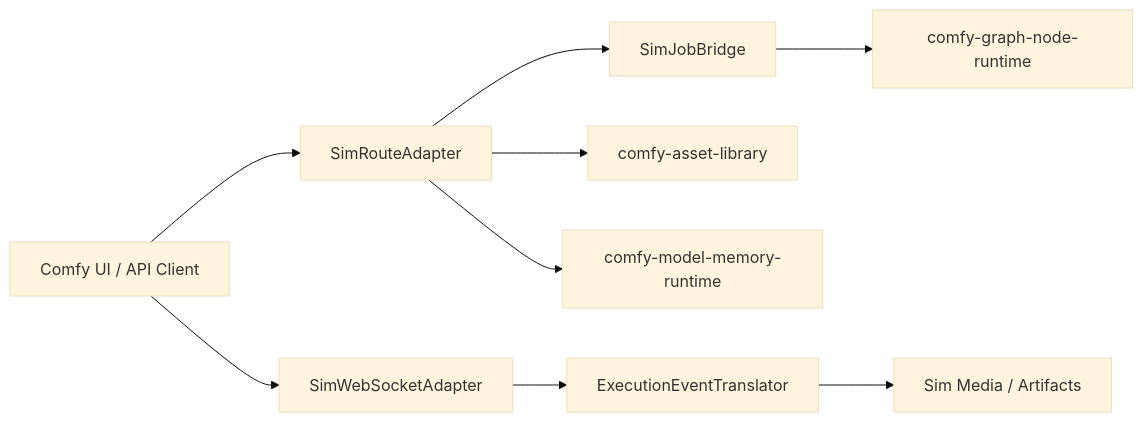
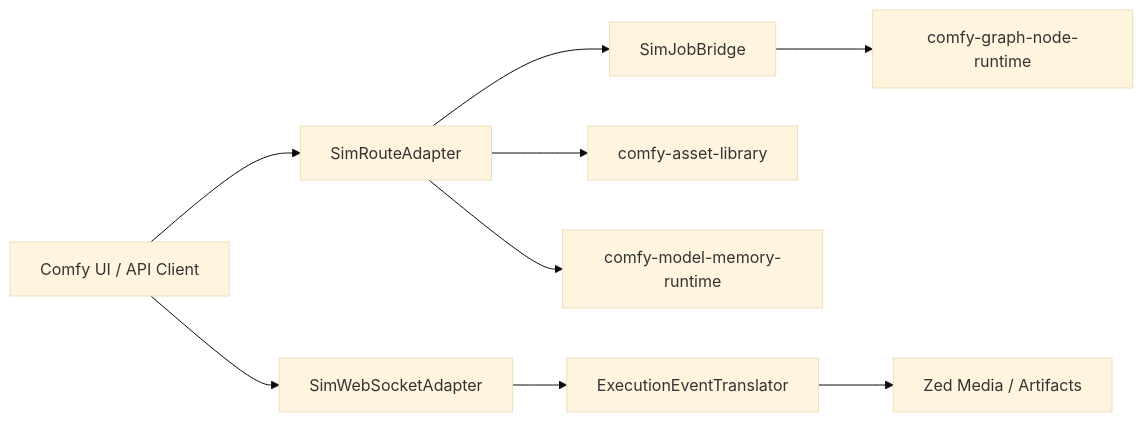
Before and after one commit to imagineerings/xor: the diagram in .agents/specs/godot-migration/comfy-runtime-control-plane/design.md, drawn with Mermaid (base theme). The commit also changed other lines of this file and 2547 other files, not shown here.

````diff
--- a/.agents/specs/godot-migration/comfy-runtime-control-plane/design.md
+++ b/.agents/specs/godot-migration/comfy-runtime-control-plane/design.md
@@ -9,11 +9,11 @@
 ```mermaid
 flowchart LR
     Client[Comfy UI / API Client] --> Routes[SimRouteAdapter]
     Client --> Ws[SimWebSocketAdapter]
     Routes --> Jobs[SimJobBridge]
     Ws --> Events[ExecutionEventTranslator]
     Jobs --> Graph[comfy-graph-node-runtime]
     Routes --> Assets[comfy-asset-library]
     Routes --> Models[comfy-model-memory-runtime]
-    Events --> Media[Sim Media / Artifacts]
+    Events --> Media[Zed Media / Artifacts]
 ```
````
